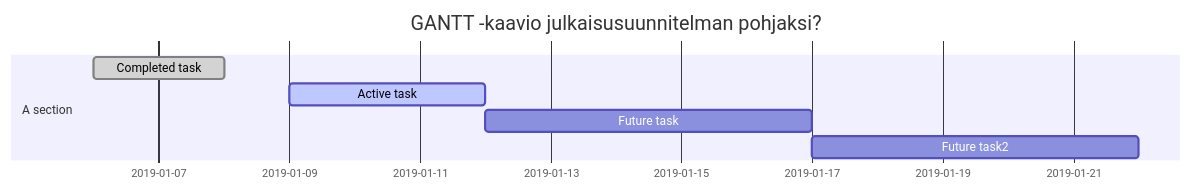
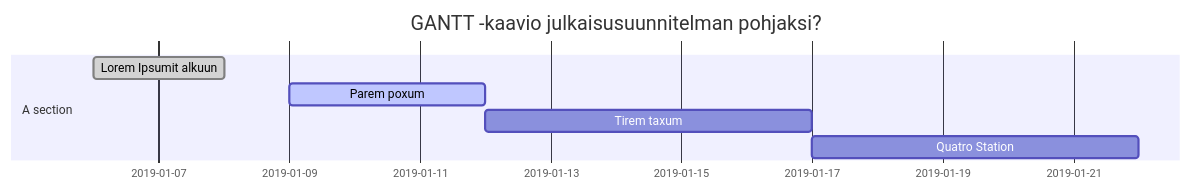
The diagram in dokumentit/02-vaatimusmaarittely/vaatimusmaarittely.md (Betaoptics/ttos0100---2019-implementation), drawn with Mermaid before and after one commit.

````diff
--- a/dokumentit/02-vaatimusmaarittely/vaatimusmaarittely.md
+++ b/dokumentit/02-vaatimusmaarittely/vaatimusmaarittely.md
@@ -411,11 +411,11 @@
 ```mermaid
 gantt
         dateFormat  YYYY-MM-DD
         title GANTT -kaavio julkaisusuunnitelman pohjaksi?
         section A section
-        Completed task            :done,    des1, 2019-01-06,2019-01-08
-        Active task               :active,  des2, 2019-01-09, 3d
-        Future task               :         des3, after des2, 5d
-        Future task2               :         des4, after des3, 5d
+        Lorem Ipsumit alkuun            :done,    des1, 2019-01-06,2019-01-08
+        Parem poxum               :active,  des2, 2019-01-09, 3d
+        Tirem taxum               :         des3, after des2, 5d
+        Quatro Station               :         des4, after des3, 5d
         
 ```
````
